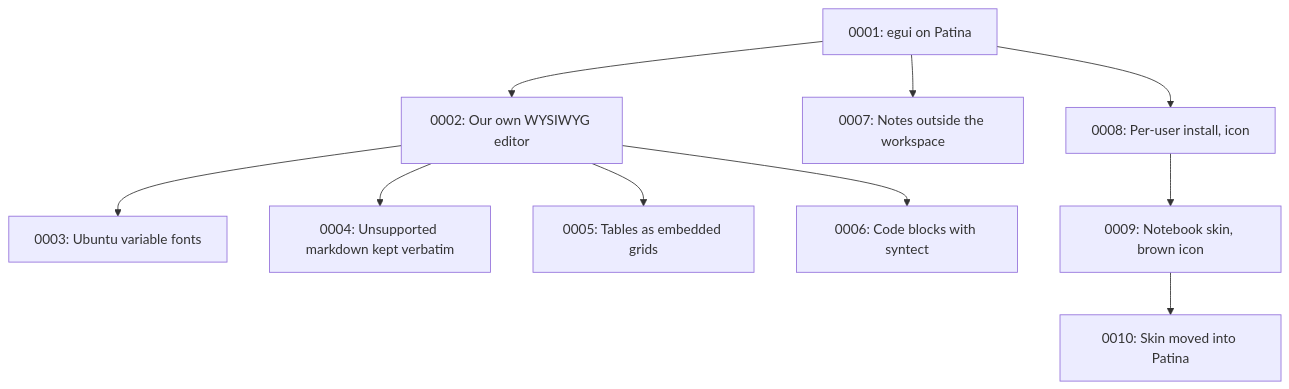
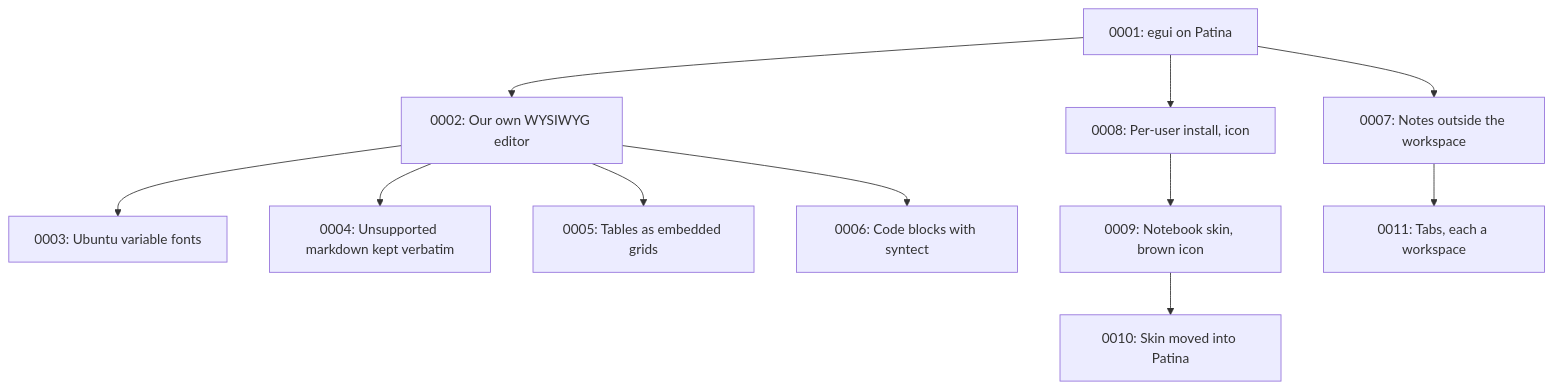
Before and after one commit to Sector-F-Labs/notebook: the diagram in docs/adr/README.md, drawn with Mermaid. The commit also changed other lines of this file and 10 other files, not shown here.

First line of the commit message:
Tabs, each a workspace of its own, and an Open Folder prompt in the sidebar

````diff
--- a/docs/adr/README.md
+++ b/docs/adr/README.md
@@ -57,12 +58,13 @@
 ```mermaid
 flowchart TD
     A[0001: egui on Patina] --> B[0002: Our own WYSIWYG editor]
     B --> C[0003: Ubuntu variable fonts]
     B --> D[0004: Unsupported markdown kept verbatim]
     B --> E[0005: Tables as embedded grids]
     B --> F[0006: Code blocks with syntect]
     A --> G[0007: Notes outside the workspace]
     A --> H[0008: Per-user install, icon]
     H --> I[0009: Notebook skin, brown icon]
     I --> J[0010: Skin moved into Patina]
+    G --> K[0011: Tabs, each a workspace]
 ```
````
